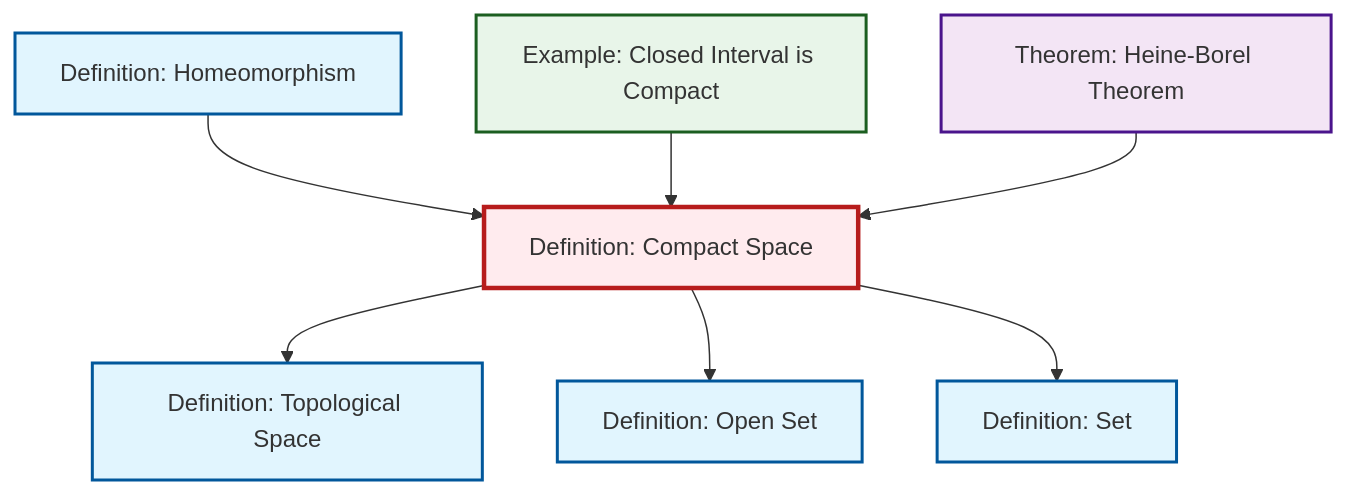
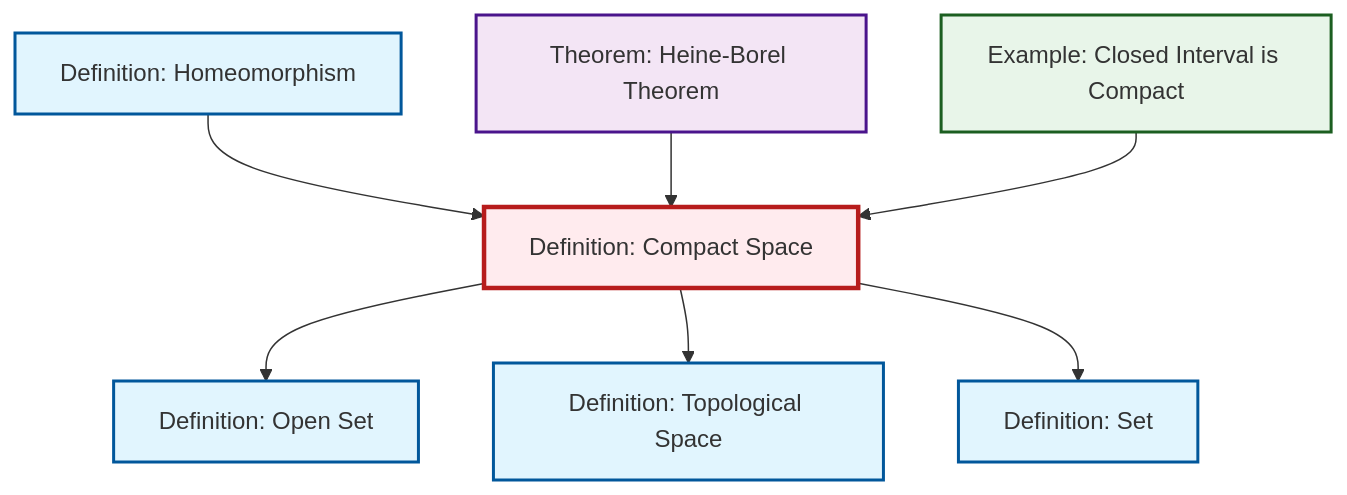
The diagram in content/en/topology/def-compact.qmd (RK0429/ModernMath), drawn with Mermaid before and after one commit. The commit also changed other lines of this file and 615 other files, not shown here.

````diff
--- a/content/en/topology/def-compact.qmd
+++ b/content/en/topology/def-compact.qmd
@@ -48,29 +48,29 @@
 ```{mermaid}
 %%| fig-cap: "Local dependency graph"
 graph TD
     classDef definition fill:#e1f5fe,stroke:#01579b,stroke-width:2px
     classDef theorem fill:#f3e5f5,stroke:#4a148c,stroke-width:2px
     classDef axiom fill:#fff3e0,stroke:#e65100,stroke-width:2px
     classDef example fill:#e8f5e9,stroke:#1b5e20,stroke-width:2px
     classDef current fill:#ffebee,stroke:#b71c1c,stroke-width:3px
+    def-set["Definition: Set"]:::definition
     ex-closed-interval-compact["Example: Closed Interval is Compact"]:::example
     def-open-set["Definition: Open Set"]:::definition
-    def-set["Definition: Set"]:::definition
+    def-compact["Definition: Compact Space"]:::definition
+    thm-heine-borel["Theorem: Heine-Borel Theorem"]:::theorem
     def-homeomorphism["Definition: Homeomorphism"]:::definition
-    thm-heine-borel["Theorem: Heine-Borel Theorem"]:::theorem
     def-topological-space["Definition: Topological Space"]:::definition
-    def-compact["Definition: Compact Space"]:::definition
+    def-homeomorphism --> def-compact
+    thm-heine-borel --> def-compact
+    def-compact --> def-open-set
+    ex-closed-interval-compact --> def-compact
     def-compact --> def-topological-space
-    def-compact --> def-open-set
     def-compact --> def-set
-    def-homeomorphism --> def-compact
-    ex-closed-interval-compact --> def-compact
-    thm-heine-borel --> def-compact
     class def-compact current
+    click def-set "def-set.html" "Go to Set definition"
     click ex-closed-interval-compact "ex-closed-interval-compact.html" "Go to Closed Interval is Compact example"
     click def-open-set "def-open-set.html" "Go to Open Set definition"
-    click def-set "def-set.html" "Go to Set definition"
+    click thm-heine-borel "thm-heine-borel.html" "Go to Heine-Borel Theorem theorem"
     click def-homeomorphism "def-homeomorphism.html" "Go to Homeomorphism definition"
-    click thm-heine-borel "thm-heine-borel.html" "Go to Heine-Borel Theorem theorem"
     click def-topological-space "def-topological-space.html" "Go to Topological Space definition"
 ```
````
